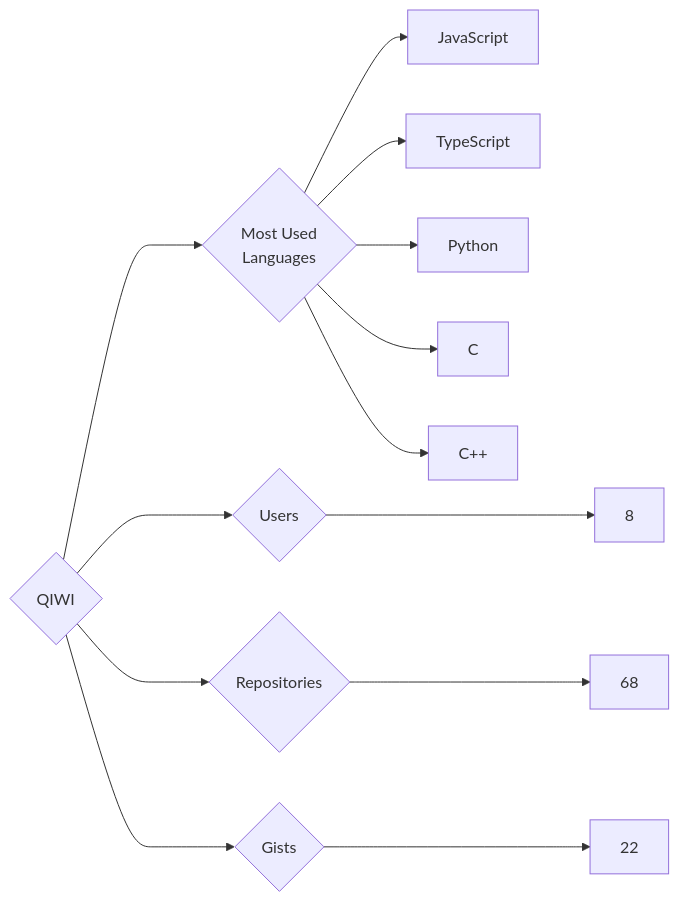
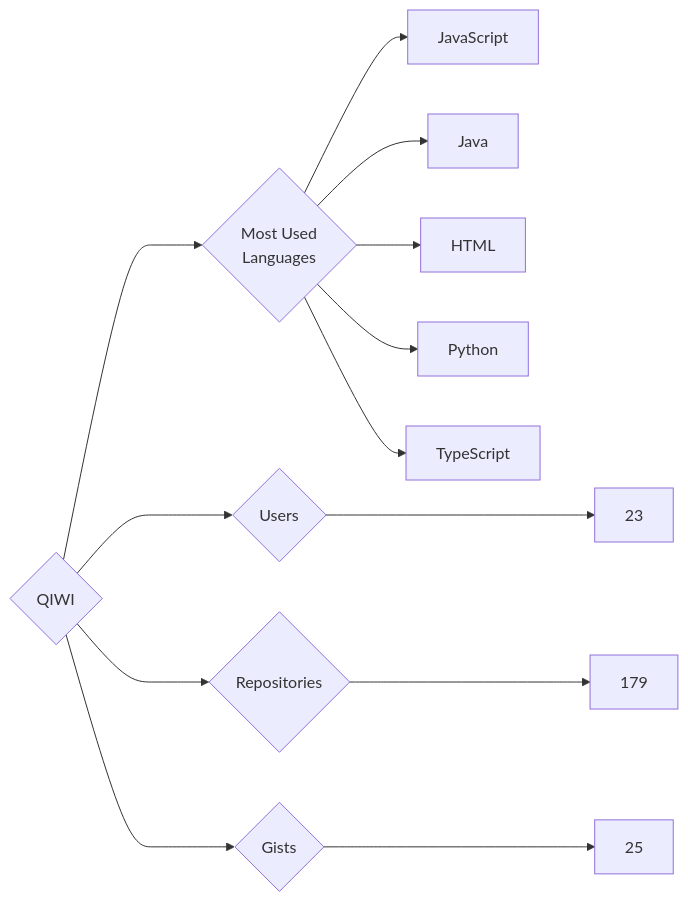
One commit to trickest/insiders changed the diagram in targets/QIWI/README.md. Above: the diagram before and after it, drawn with Mermaid. The commit also changed 912 other files, not shown here.

````diff
--- a/targets/QIWI/README.md
+++ b/targets/QIWI/README.md
@@ -3,13 +3,13 @@
 ```mermaid
 graph LR
 COMPANY_NAME{QIWI}
-COMPANY_NAME ---> U{Users} ---> UN[8]
-COMPANY_NAME ---> R{Repositories} ---> RN[68]
-COMPANY_NAME ---> G{Gists} ---> GN[22]
+COMPANY_NAME ---> U{Users} ---> UN[23]
+COMPANY_NAME ---> R{Repositories} ---> RN[179]
+COMPANY_NAME ---> G{Gists} ---> GN[25]
 COMPANY_NAME ---> ML{Most Used<br>Languages}
 ML --> JavaScript[JavaScript]
+ML --> Java[Java]
+ML --> HTML[HTML]
+ML --> Python[Python]
 ML --> TypeScript[TypeScript]
-ML --> Python[Python]
-ML --> C[C]
-ML --> C++[C++]
 ```
````
